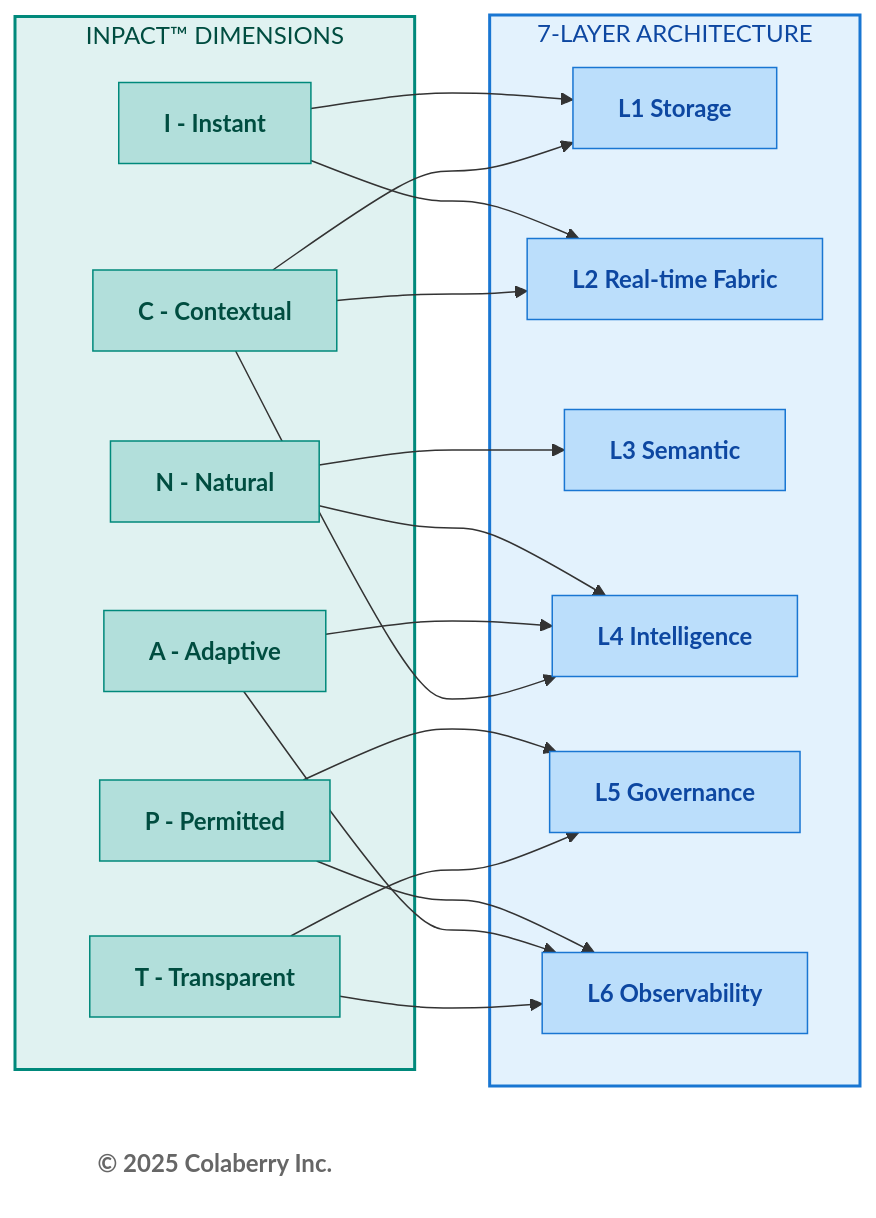
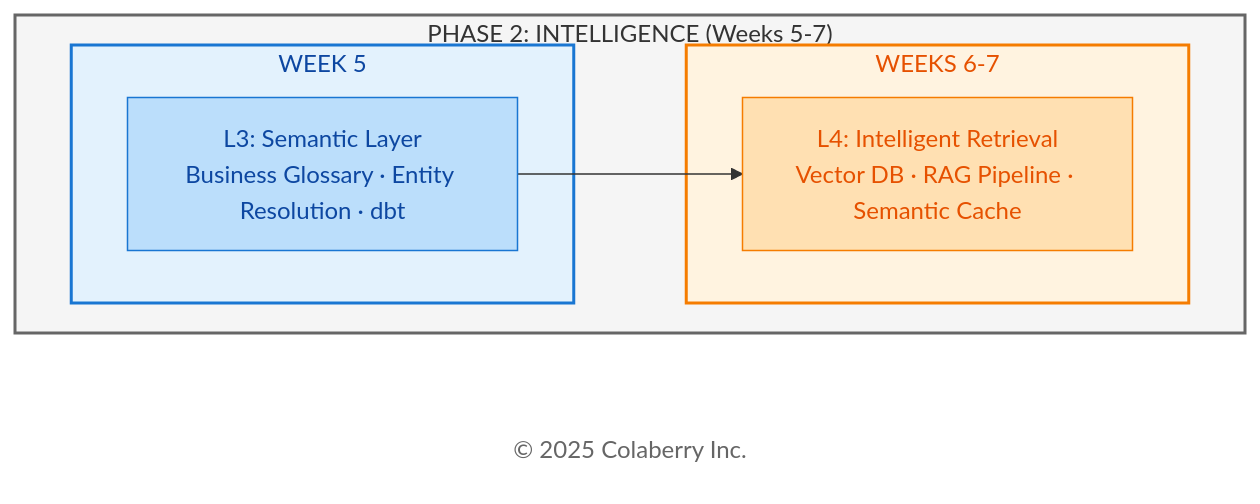
The fourth of 8 diagrams in manuscript/11_chapter_10_week_by_week_implementation.md (saitejesh-cyber/trust-before-intelligence-book), drawn with Mermaid before and after one commit. The commit also changed other lines of this file, not shown here.

````diff
--- a/manuscript/11_chapter_10_week_by_week_implementation.md
+++ b/manuscript/11_chapter_10_week_by_week_implementation.md
@@ -249,52 +263,26 @@
 ```mermaid
+
 graph LR
-    subgraph INPACT["INPACT™ DIMENSIONS"]
-        I["<b>I - Instant</b>"]
-        N["<b>N - Natural</b>"]
-        P["<b>P - Permitted</b>"]
-        A["<b>A - Adaptive</b>"]
-        C["<b>C - Contextual</b>"]
-        T["<b>T - Transparent</b>"]
+    subgraph PHASE2["PHASE 2: INTELLIGENCE (Weeks 5-7)"]
+        direction LR
+        subgraph WEEK5["WEEK 5"]
+            L3["L3: Semantic Layer<br/>Business Glossary · Entity Resolution · dbt"]
+        end
+        
+        subgraph WEEK67["WEEKS 6-7"]
+            L4["L4: Intelligent Retrieval<br/>Vector DB · RAG Pipeline · Semantic Cache"]
+        end
     end
     
-    subgraph LAYERS["7-LAYER ARCHITECTURE"]
-        L1["<b>L1 Storage</b>"]
-        L2["<b>L2 Real-time Fabric</b>"]
-        L3["<b>L3 Semantic</b>"]
-        L4["<b>L4 Intelligence</b>"]
-        L5["<b>L5 Governance</b>"]
-        L6["<b>L6 Observability</b>"]
-    end
+    Copyright["© 2025 Colaberry Inc."]
     
-    I --> L1
-    I --> L2
-    N --> L3
-    N --> L4
-    P --> L5
-    P --> L6
-    A --> L4
-    A --> L6
-    C --> L1
-    C --> L2
-    C --> L4
-    T --> L5
-    T --> L6
+    L3 --> L4
     
-    Copyright["<b>© 2025 Colaberry Inc.</b>"]
-    
-    style INPACT fill:#e0f2f1,stroke:#00897b,stroke-width:2px,color:#004d40
-    style LAYERS fill:#e3f2fd,stroke:#1976d2,stroke-width:2px,color:#0d47a1
-    style I fill:#b2dfdb,stroke:#00897b,color:#004d40
-    style N fill:#b2dfdb,stroke:#00897b,color:#004d40
-    style P fill:#b2dfdb,stroke:#00897b,color:#004d40
-    style A fill:#b2dfdb,stroke:#00897b,color:#004d40
-    style C fill:#b2dfdb,stroke:#00897b,color:#004d40
-    style T fill:#b2dfdb,stroke:#00897b,color:#004d40
-    style L1 fill:#bbdefb,stroke:#1976d2,color:#0d47a1
-    style L2 fill:#bbdefb,stroke:#1976d2,color:#0d47a1
+    style PHASE2 fill:#f5f5f5,stroke:#666666,stroke-width:2px,color:#333333
+    style WEEK5 fill:#e3f2fd,stroke:#1976d2,stroke-width:2px,color:#0d47a1
+    style WEEK67 fill:#fff3e0,stroke:#f57c00,stroke-width:2px,color:#e65100
     style L3 fill:#bbdefb,stroke:#1976d2,color:#0d47a1
-    style L4 fill:#bbdefb,stroke:#1976d2,color:#0d47a1
-    style L5 fill:#bbdefb,stroke:#1976d2,color:#0d47a1
-    style L6 fill:#bbdefb,stroke:#1976d2,color:#0d47a1
+    style L4 fill:#ffe0b2,stroke:#f57c00,color:#e65100
     style Copyright fill:#ffffff,stroke:none,color:#666666
+
 ```
````
